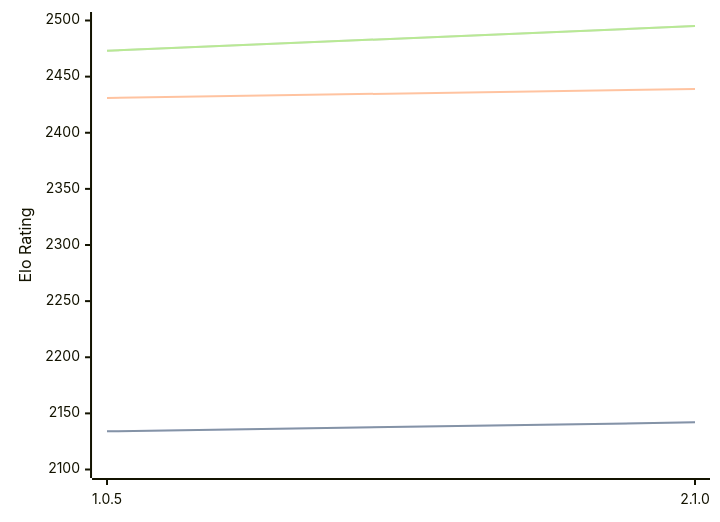
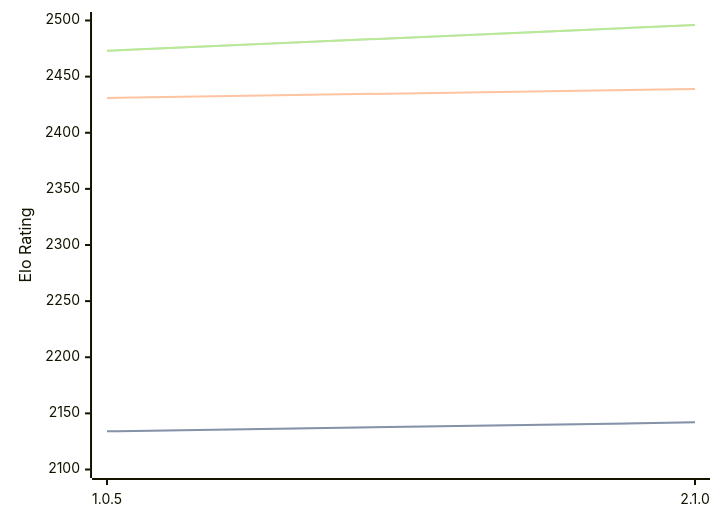
Before and after one commit to computer-chess-index/cci: the first of 3 diagrams in engines/Ruffian.md, drawn with Mermaid. The commit also changed other lines of this file, not shown here.

Commit message:
Update CCI Ratings (ELO VLTC) - 2026-07-12

````diff
--- a/engines/Ruffian.md
+++ b/engines/Ruffian.md
@@ -32,11 +32,11 @@
 ```mermaid
 %%{init: {"theme":"base","themeVariables":{"seriesColors:['#a3a3a3','#222221','#faa371']}}}%%
 xychart-beta
   x-axis ["1.0.5", "2.1.0"]
   y-axis "Elo Rating" 2100 --> 2500
   line "STC (8.0+0.08s)" [2134, 2142]
   line "STC (8.0+0.08s)" [2134, 2142]
   line "LTC (60.0+0.60s)" [2431, 2439]
-  line "VLTC (2m24s+1.12s)" [2473, 2495]
-  line "VLTC (2m24s+1.12s)" [2473, 2495]
+  line "VLTC (2m24s+1.12s)" [2473, 2496]
+  line "VLTC (2m24s+1.12s)" [2473, 2496]
 ```
````
